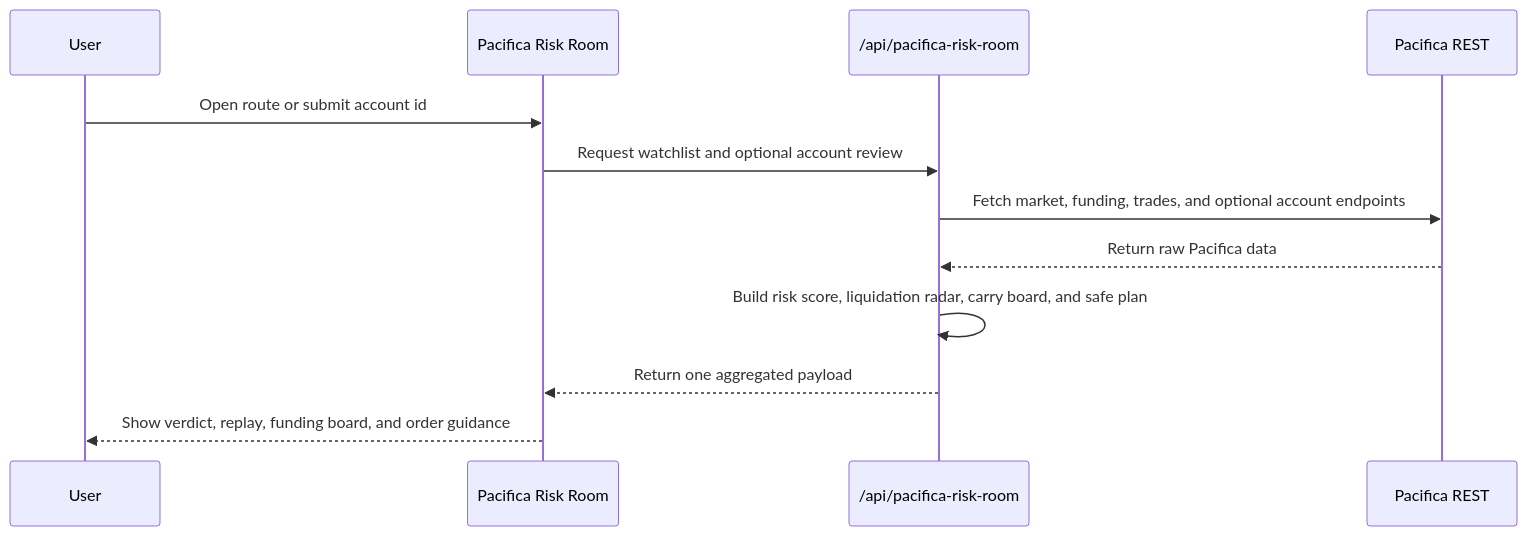
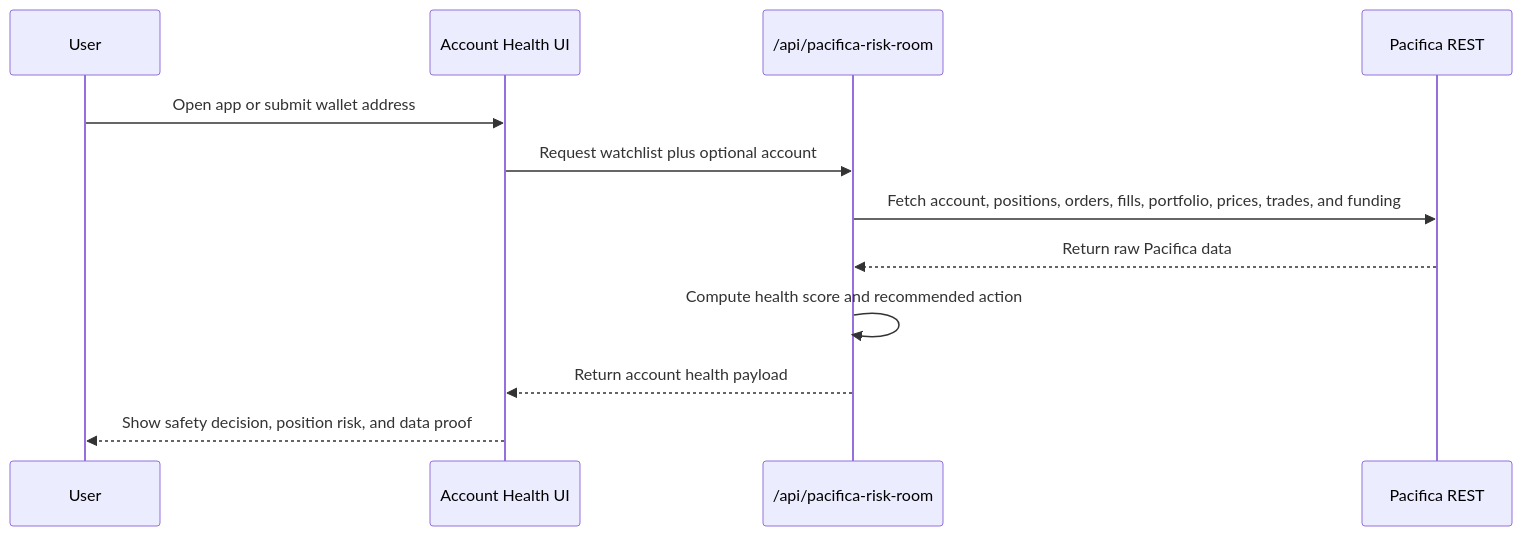
One commit to richard7463/pacifica-risk-room changed the second of 2 diagrams in README.md. Above: the diagram before and after it, drawn with Mermaid. The commit also changed other lines of this file and 9 other files, not shown here.

Commit message:
Refocus product on account health

````diff
--- a/README.md
+++ b/README.md
@@ -105,14 +115,14 @@
 ```mermaid
 sequenceDiagram
   participant User
-  participant Page as Pacifica Risk Room
+  participant Page as Account Health UI
   participant API as /api/pacifica-risk-room
   participant Pacifica as Pacifica REST
-  User->>Page: Open route or submit account id
-  Page->>API: Request watchlist and optional account review
-  API->>Pacifica: Fetch market, funding, trades, and optional account endpoints
+  User->>Page: Open app or submit wallet address
+  Page->>API: Request watchlist plus optional account
+  API->>Pacifica: Fetch account, positions, orders, fills, portfolio, prices, trades, and funding
   Pacifica-->>API: Return raw Pacifica data
-  API->>API: Build risk score, liquidation radar, carry board, and safe plan
-  API-->>Page: Return one aggregated payload
-  Page-->>User: Show verdict, replay, funding board, and order guidance
+  API->>API: Compute health score and recommended action
+  API-->>Page: Return account health payload
+  Page-->>User: Show safety decision, position risk, and data proof
 ```
````
